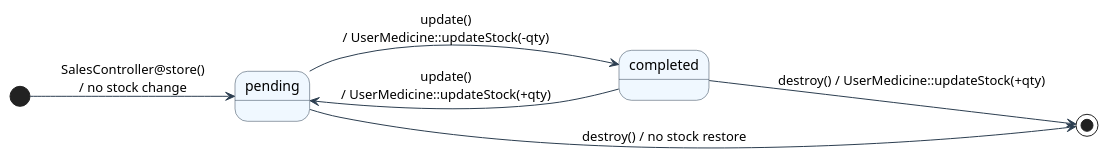
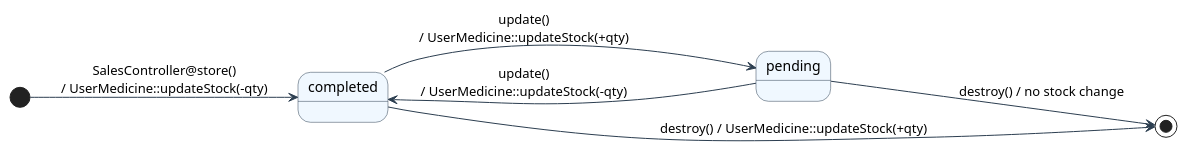
The fourth of 14 diagrams in docs/diagrams.md (RibeshMaharjan/MedVault), drawn with PlantUML before and after one commit. The commit also changed other lines of this file and 15 other files, not shown here.

````diff
--- a/docs/diagrams.md
+++ b/docs/diagrams.md
@@ -284,21 +284,21 @@
 ```plantuml
 @startuml
 skinparam state {
     BackgroundColor #F0F8FF
     BorderColor #2C3E50
     ArrowColor #2C3E50
 }
 left to right direction
 
-[*] --> pending : SalesController@store()\n/ no stock change
+[*] --> completed : SalesController@store()\n/ UserMedicine::updateStock(-qty)
 
 state pending
 state completed
 
 pending --> completed : update()\n/ UserMedicine::updateStock(-qty)
 completed --> pending : update()\n/ UserMedicine::updateStock(+qty)
 
-pending --> [*] : destroy() / no stock restore
+pending --> [*] : destroy() / no stock change
 completed --> [*] : destroy() / UserMedicine::updateStock(+qty)
 @enduml
 ```
````
